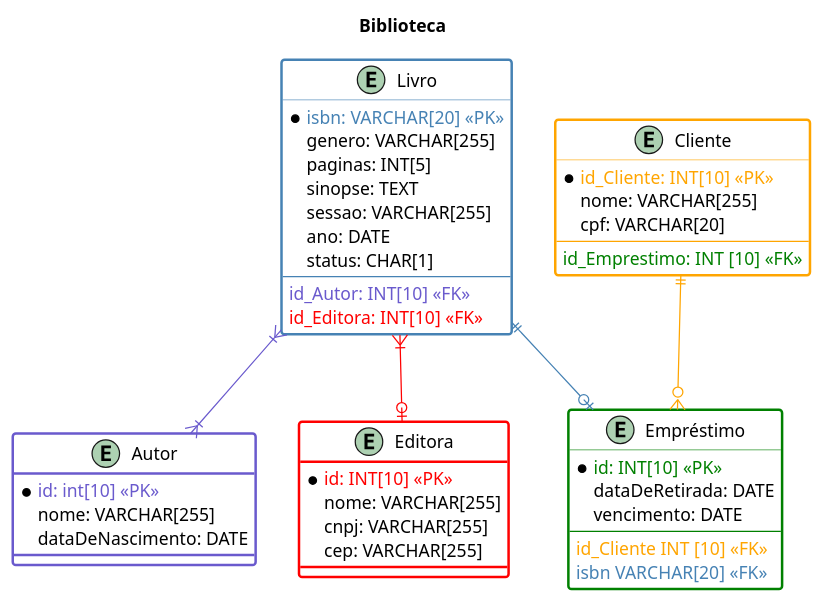
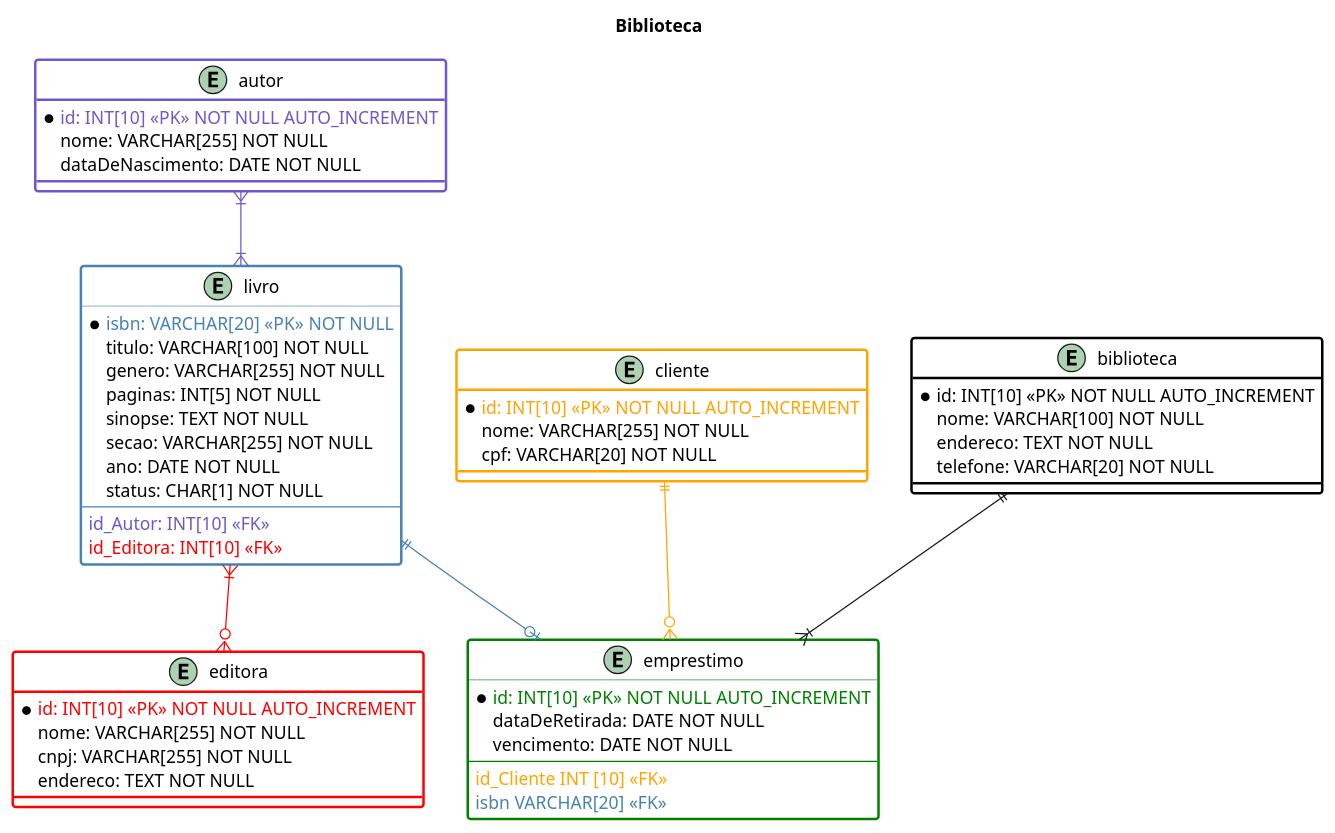
The diagram in Modelagem/biblioteca.wsd (galaticghost/guieq.klarrind), drawn with PlantUML before and after one commit. The commit also changed 2 other files, not shown here.

```diff
--- a/Modelagem/biblioteca.wsd
+++ b/Modelagem/biblioteca.wsd
@@ -1,54 +1,59 @@
 @startuml biblioteca
 title Biblioteca
 
-entity Livro #white;line.bold;line:SteelBlue{
-    *<color: SteelBlue>isbn: VARCHAR[20] <<PK>>
-    genero: VARCHAR[255]
-    paginas: INT[5]
-    sinopse: TEXT
-    sessao: VARCHAR[255]
-    ano: DATE
-    status: CHAR[1]
+entity livro #white;line.bold;line:SteelBlue{
+    *<color: SteelBlue>isbn: VARCHAR[20] <<PK>> NOT NULL
+    titulo: VARCHAR[100] NOT NULL
+    genero: VARCHAR[255] NOT NULL
+    paginas: INT[5] NOT NULL
+    sinopse: TEXT NOT NULL
+    secao: VARCHAR[255] NOT NULL
+    ano: DATE NOT NULL
+    status: CHAR[1] NOT NULL
     --
     <color: SlateBlue>id_Autor: INT[10] <<FK>>
     <color: Red>id_Editora: INT[10] <<FK>>
 }
 
-entity Autor #white;line.bold;line:Slateblue{
-    *<color: SlateBlue>id: int[10] <<PK>>
-    nome: VARCHAR[255]
-    dataDeNascimento: DATE
-
-
+entity autor #white;line.bold;line:Slateblue{
+    *<color: SlateBlue>id: INT[10] <<PK>> NOT NULL AUTO_INCREMENT
+    nome: VARCHAR[255] NOT NULL
+    dataDeNascimento: DATE NOT NULL
 }
 
-entity Editora #white;line.bold;line:Red{
-    *<color: Red>id: INT[10] <<PK>>
-    nome: VARCHAR[255]
-    cnpj: VARCHAR[255]
-    cep: VARCHAR[255]
-    
+entity editora #white;line.bold;line:Red{
+    *<color: Red>id: INT[10] <<PK>> NOT NULL AUTO_INCREMENT
+    nome: VARCHAR[255] NOT NULL
+    cnpj: VARCHAR[255] NOT NULL
+    endereco: TEXT NOT NULL
 }
 
-entity Empréstimo #white;line.bold;line:Green{
-    *<color: Green>id: INT[10] <<PK>>
-    dataDeRetirada: DATE
-    vencimento: DATE  
+entity emprestimo #white;line.bold;line:Green{
+    *<color: Green>id: INT[10] <<PK>> NOT NULL AUTO_INCREMENT
+    dataDeRetirada: DATE NOT NULL
+    vencimento: DATE NOT NULL
     --
     <color: Orange>id_Cliente INT [10] <<FK>>
     <color: SteelBlue>isbn VARCHAR[20] <<FK>>
 }
 
-entity Cliente #white;line.bold;line:Orange{
-    *<color: Orange>id_Cliente: INT[10] <<PK>>
-    nome: VARCHAR[255]
-    cpf: VARCHAR[20]
-    --
-    <color: Green>id_Emprestimo: INT [10] <<FK>>
+entity cliente #White;line.bold;line:Orange{
+    *<color: Orange>id: INT[10] <<PK>> NOT NULL AUTO_INCREMENT
+    nome: VARCHAR[255] NOT NULL
+    cpf: VARCHAR[20] NOT NULL
 }
 
-Livro }|-[#SlateBlue]-|{ Autor
-Livro }|-[#Red]-o| Editora
-Livro ||-[#SteelBlue]-o| Empréstimo
-Cliente ||-[#Orange]-o{ Empréstimo
+entity biblioteca #white;line.bold;line:Black{
+    *<color: Black>id: INT[10] <<PK>> NOT NULL AUTO_INCREMENT
+    nome: VARCHAR[100] NOT NULL
+    endereco: TEXT NOT NULL
+    telefone: VARCHAR[20] NOT NULL
+
+}
+
+livro }|-[#SlateBlue]up-|{ autor
+livro }|-[#Red]-o{ editora
+livro ||-[#SteelBlue]-o| emprestimo
+cliente ||-[#Orange]-o{ emprestimo
+biblioteca ||--|{ emprestimo
 @enduml
```
